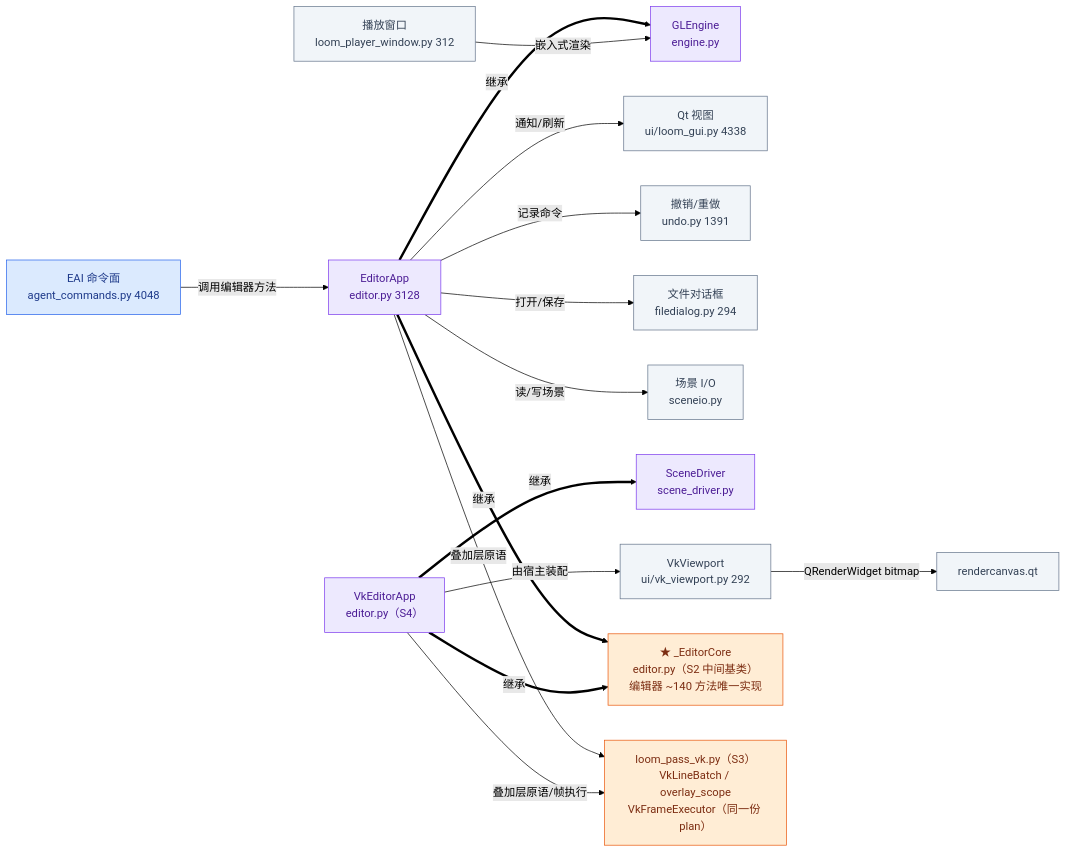
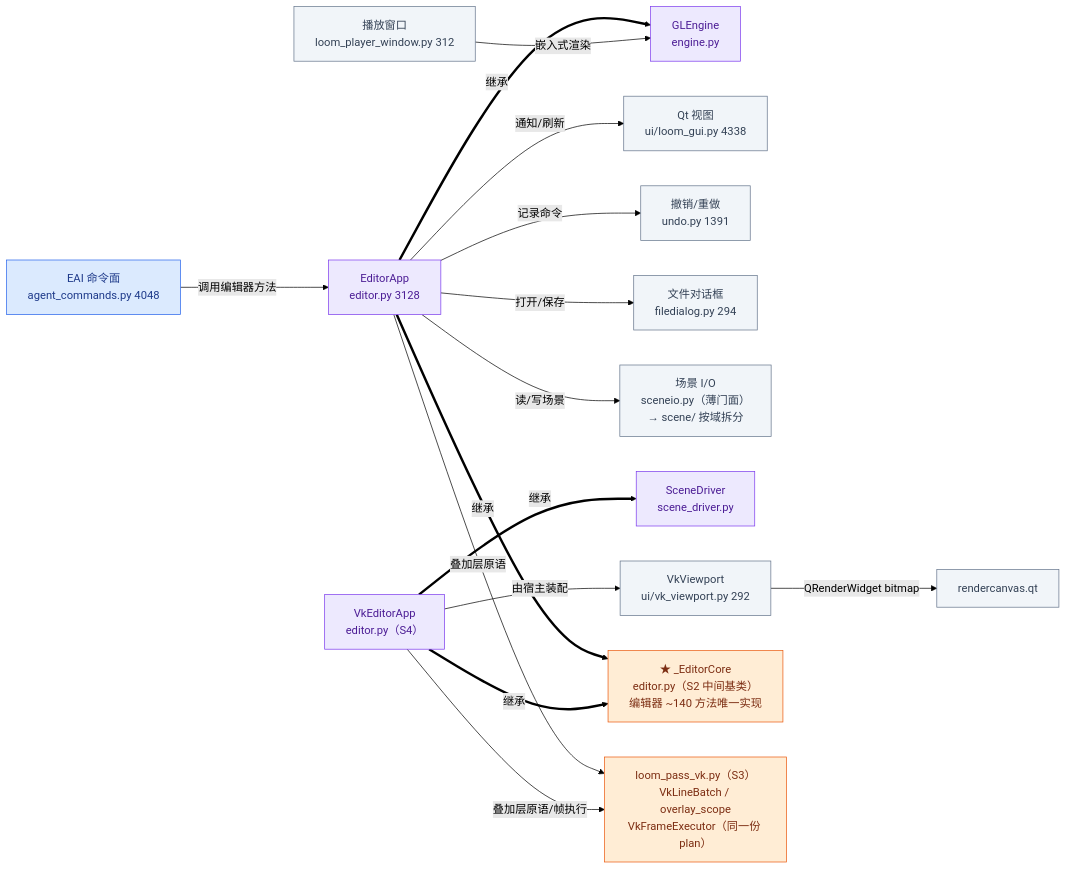
One commit to lhy302/WeaveEngine changed the ninth of 23 diagrams in ARCHITECTURE.md. Above: the diagram before and after it, drawn with Mermaid (forest theme). The commit also changed other lines of this file and 39 other files, not shown here.

````diff
--- a/ARCHITECTURE.md
+++ b/ARCHITECTURE.md
@@ -409,34 +409,34 @@
 ```mermaid
 flowchart LR
   ED["EditorApp<br/>editor.py 3128"]:::facade
   GE["GLEngine<br/>engine.py"]:::facade
   V["Qt 视图<br/>ui/loom_gui.py 4338"]:::file
   U["撤销/重做<br/>undo.py 1391"]:::file
   EAI["EAI 命令面<br/>agent_commands.py 4048"]:::entry
   FD["文件对话框<br/>filedialog.py 294"]:::file
   PW["播放窗口<br/>loom_player_window.py 312"]:::file
-  S["场景 I/O<br/>sceneio.py"]:::file
+  S["场景 I/O<br/>sceneio.py（薄门面）<br/>→ scene/ 按域拆分"]:::file
   ED ==>|继承| GE
   ED -->|通知/刷新| V
   VKE["VkEditorApp<br/>editor.py（S4）"]:::facade
   SDV["SceneDriver<br/>scene_driver.py"]:::facade
   VKV["VkViewport<br/>ui/vk_viewport.py 292"]:::file
   COR["★ _EditorCore<br/>editor.py（S2 中间基类）<br/>编辑器 ~140 方法唯一实现"]:::contract
   LPV["loom_pass_vk.py（S3）<br/>VkLineBatch / overlay_scope<br/>VkFrameExecutor（同一份 plan）"]:::contract
   ED ==>|继承| COR
   VKE ==>|继承| COR
   VKE ==>|继承| SDV
   VKE -->|由宿主装配| VKV
   VKV -->|QRenderWidget bitmap| VKW["rendercanvas.qt"]:::file
   ED -->|叠加层原语| LPV
   VKE -->|叠加层原语/帧执行| LPV
   ED -->|记录命令| U
   EAI -->|调用编辑器方法| ED
   ED -->|打开/保存| FD
   ED -->|读/写场景| S
   PW -->|嵌入式渲染| GE
   classDef entry fill:#dbeafe,stroke:#2563eb,color:#1e3a8a
   classDef facade fill:#ede9fe,stroke:#7c3aed,color:#4c1d95
   classDef file fill:#f1f5f9,stroke:#64748b,color:#334155
   classDef contract fill:#ffedd5,stroke:#ea580c,color:#7c2d12
 ```
````
